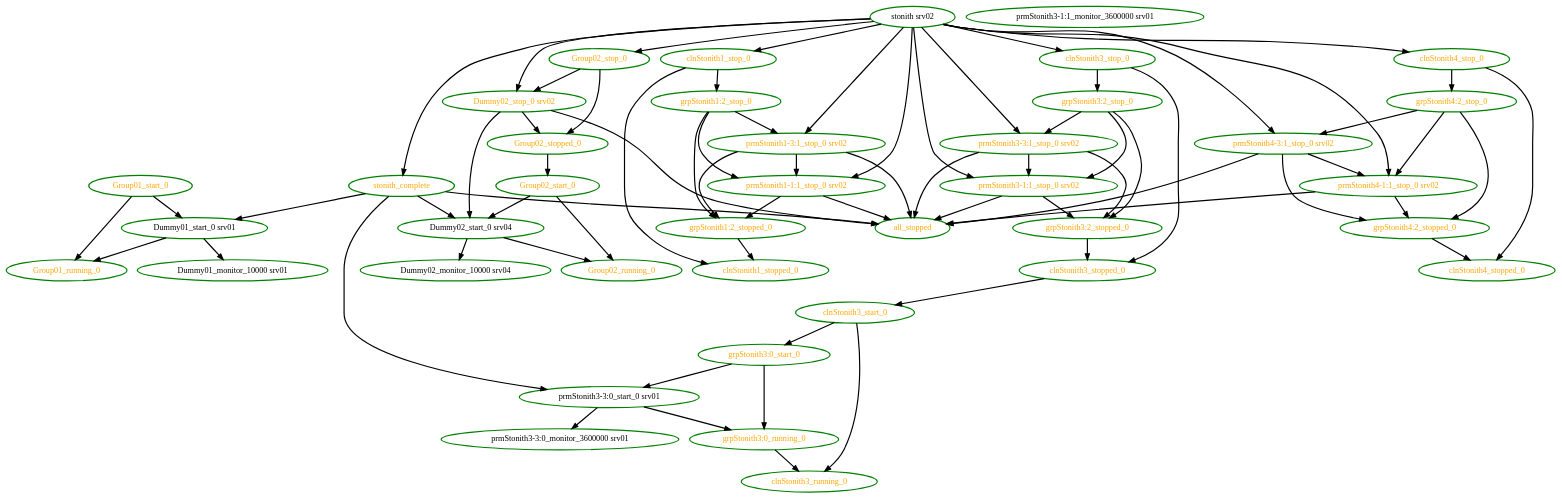
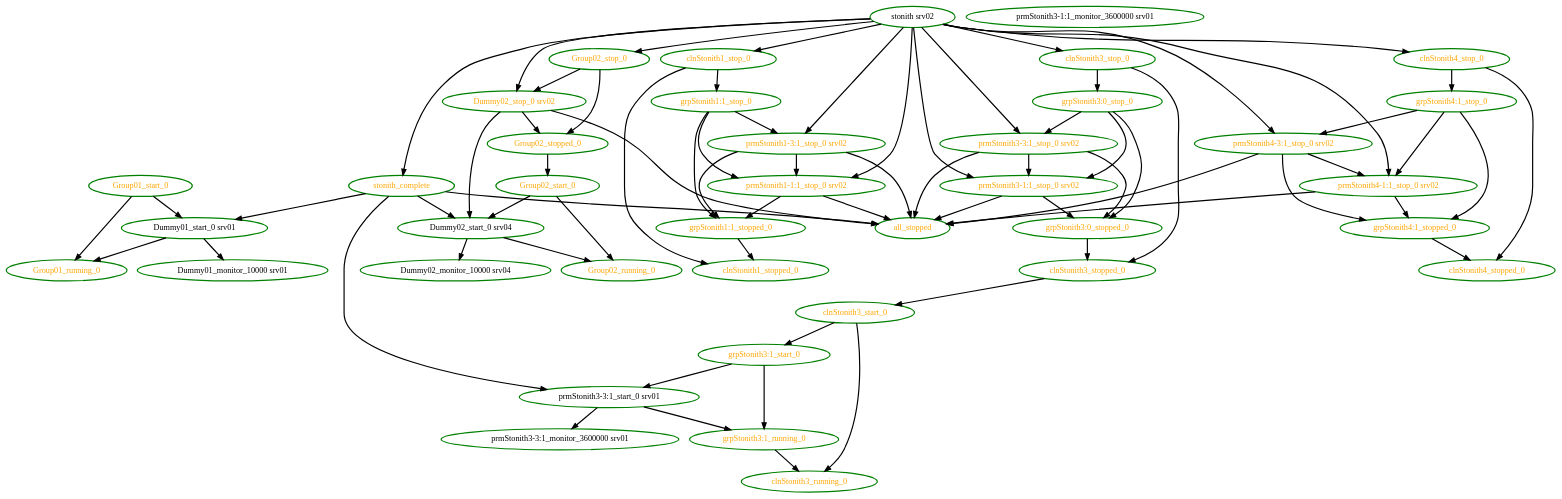
One commit to ClusterLabs/pacemaker changed the diagram in pengine/test10/bug-lf-2508.dot. Above: the diagram before and after it, drawn with Graphviz. The commit also changed 7 other files, not shown here.

```diff
--- a/pengine/test10/bug-lf-2508.dot
+++ b/pengine/test10/bug-lf-2508.dot
@@ -1,112 +1,112 @@
 digraph "g" {
 "Dummy01_monitor_10000 srv01" [ style=bold color="green" fontcolor="black" ]
 "Dummy01_start_0 srv01" -> "Dummy01_monitor_10000 srv01" [ style = bold]
 "Dummy01_start_0 srv01" -> "Group01_running_0" [ style = bold]
 "Dummy01_start_0 srv01" [ style=bold color="green" fontcolor="black" ]
 "Dummy02_monitor_10000 srv04" [ style=bold color="green" fontcolor="black" ]
 "Dummy02_start_0 srv04" -> "Dummy02_monitor_10000 srv04" [ style = bold]
 "Dummy02_start_0 srv04" -> "Group02_running_0" [ style = bold]
 "Dummy02_start_0 srv04" [ style=bold color="green" fontcolor="black" ]
 "Dummy02_stop_0 srv02" -> "Dummy02_start_0 srv04" [ style = bold]
 "Dummy02_stop_0 srv02" -> "Group02_stopped_0" [ style = bold]
 "Dummy02_stop_0 srv02" -> "all_stopped" [ style = bold]
 "Dummy02_stop_0 srv02" [ style=bold color="green" fontcolor="orange" ]
 "Group01_running_0" [ style=bold color="green" fontcolor="orange" ]
 "Group01_start_0" -> "Dummy01_start_0 srv01" [ style = bold]
 "Group01_start_0" -> "Group01_running_0" [ style = bold]
 "Group01_start_0" [ style=bold color="green" fontcolor="orange" ]
 "Group02_running_0" [ style=bold color="green" fontcolor="orange" ]
 "Group02_start_0" -> "Dummy02_start_0 srv04" [ style = bold]
 "Group02_start_0" -> "Group02_running_0" [ style = bold]
 "Group02_start_0" [ style=bold color="green" fontcolor="orange" ]
 "Group02_stop_0" -> "Dummy02_stop_0 srv02" [ style = bold]
 "Group02_stop_0" -> "Group02_stopped_0" [ style = bold]
 "Group02_stop_0" [ style=bold color="green" fontcolor="orange" ]
 "Group02_stopped_0" -> "Group02_start_0" [ style = bold]
 "Group02_stopped_0" [ style=bold color="green" fontcolor="orange" ]
 "all_stopped" [ style=bold color="green" fontcolor="orange" ]
 "clnStonith1_stop_0" -> "clnStonith1_stopped_0" [ style = bold]
-"clnStonith1_stop_0" -> "grpStonith1:2_stop_0" [ style = bold]
+"clnStonith1_stop_0" -> "grpStonith1:1_stop_0" [ style = bold]
 "clnStonith1_stop_0" [ style=bold color="green" fontcolor="orange" ]
 "clnStonith1_stopped_0" [ style=bold color="green" fontcolor="orange" ]
 "clnStonith3_running_0" [ style=bold color="green" fontcolor="orange" ]
 "clnStonith3_start_0" -> "clnStonith3_running_0" [ style = bold]
-"clnStonith3_start_0" -> "grpStonith3:0_start_0" [ style = bold]
+"clnStonith3_start_0" -> "grpStonith3:1_start_0" [ style = bold]
 "clnStonith3_start_0" [ style=bold color="green" fontcolor="orange" ]
 "clnStonith3_stop_0" -> "clnStonith3_stopped_0" [ style = bold]
-"clnStonith3_stop_0" -> "grpStonith3:2_stop_0" [ style = bold]
+"clnStonith3_stop_0" -> "grpStonith3:0_stop_0" [ style = bold]
 "clnStonith3_stop_0" [ style=bold color="green" fontcolor="orange" ]
 "clnStonith3_stopped_0" -> "clnStonith3_start_0" [ style = bold]
 "clnStonith3_stopped_0" [ style=bold color="green" fontcolor="orange" ]
 "clnStonith4_stop_0" -> "clnStonith4_stopped_0" [ style = bold]
-"clnStonith4_stop_0" -> "grpStonith4:2_stop_0" [ style = bold]
+"clnStonith4_stop_0" -> "grpStonith4:1_stop_0" [ style = bold]
 "clnStonith4_stop_0" [ style=bold color="green" fontcolor="orange" ]
 "clnStonith4_stopped_0" [ style=bold color="green" fontcolor="orange" ]
-"grpStonith1:2_stop_0" -> "grpStonith1:2_stopped_0" [ style = bold]
-"grpStonith1:2_stop_0" -> "prmStonith1-1:1_stop_0 srv02" [ style = bold]
-"grpStonith1:2_stop_0" -> "prmStonith1-3:1_stop_0 srv02" [ style = bold]
-"grpStonith1:2_stop_0" [ style=bold color="green" fontcolor="orange"]
-"grpStonith1:2_stopped_0" -> "clnStonith1_stopped_0" [ style = bold]
-"grpStonith1:2_stopped_0" [ style=bold color="green" fontcolor="orange"]
-"grpStonith3:0_running_0" -> "clnStonith3_running_0" [ style = bold]
-"grpStonith3:0_running_0" [ style=bold color="green" fontcolor="orange"]
-"grpStonith3:0_start_0" -> "grpStonith3:0_running_0" [ style = bold]
-"grpStonith3:0_start_0" -> "prmStonith3-3:0_start_0 srv01" [ style = bold]
-"grpStonith3:0_start_0" [ style=bold color="green" fontcolor="orange"]
-"grpStonith3:2_stop_0" -> "grpStonith3:2_stopped_0" [ style = bold]
-"grpStonith3:2_stop_0" -> "prmStonith3-1:1_stop_0 srv02" [ style = bold]
-"grpStonith3:2_stop_0" -> "prmStonith3-3:1_stop_0 srv02" [ style = bold]
-"grpStonith3:2_stop_0" [ style=bold color="green" fontcolor="orange"]
-"grpStonith3:2_stopped_0" -> "clnStonith3_stopped_0" [ style = bold]
-"grpStonith3:2_stopped_0" [ style=bold color="green" fontcolor="orange"]
-"grpStonith4:2_stop_0" -> "grpStonith4:2_stopped_0" [ style = bold]
-"grpStonith4:2_stop_0" -> "prmStonith4-1:1_stop_0 srv02" [ style = bold]
-"grpStonith4:2_stop_0" -> "prmStonith4-3:1_stop_0 srv02" [ style = bold]
-"grpStonith4:2_stop_0" [ style=bold color="green" fontcolor="orange"]
-"grpStonith4:2_stopped_0" -> "clnStonith4_stopped_0" [ style = bold]
-"grpStonith4:2_stopped_0" [ style=bold color="green" fontcolor="orange"]
+"grpStonith1:1_stop_0" -> "grpStonith1:1_stopped_0" [ style = bold]
+"grpStonith1:1_stop_0" -> "prmStonith1-1:1_stop_0 srv02" [ style = bold]
+"grpStonith1:1_stop_0" -> "prmStonith1-3:1_stop_0 srv02" [ style = bold]
+"grpStonith1:1_stop_0" [ style=bold color="green" fontcolor="orange"]
+"grpStonith1:1_stopped_0" -> "clnStonith1_stopped_0" [ style = bold]
+"grpStonith1:1_stopped_0" [ style=bold color="green" fontcolor="orange"]
+"grpStonith3:0_stop_0" -> "grpStonith3:0_stopped_0" [ style = bold]
+"grpStonith3:0_stop_0" -> "prmStonith3-1:1_stop_0 srv02" [ style = bold]
+"grpStonith3:0_stop_0" -> "prmStonith3-3:1_stop_0 srv02" [ style = bold]
+"grpStonith3:0_stop_0" [ style=bold color="green" fontcolor="orange"]
+"grpStonith3:0_stopped_0" -> "clnStonith3_stopped_0" [ style = bold]
+"grpStonith3:0_stopped_0" [ style=bold color="green" fontcolor="orange"]
+"grpStonith3:1_running_0" -> "clnStonith3_running_0" [ style = bold]
+"grpStonith3:1_running_0" [ style=bold color="green" fontcolor="orange"]
+"grpStonith3:1_start_0" -> "grpStonith3:1_running_0" [ style = bold]
+"grpStonith3:1_start_0" -> "prmStonith3-3:1_start_0 srv01" [ style = bold]
+"grpStonith3:1_start_0" [ style=bold color="green" fontcolor="orange"]
+"grpStonith4:1_stop_0" -> "grpStonith4:1_stopped_0" [ style = bold]
+"grpStonith4:1_stop_0" -> "prmStonith4-1:1_stop_0 srv02" [ style = bold]
+"grpStonith4:1_stop_0" -> "prmStonith4-3:1_stop_0 srv02" [ style = bold]
+"grpStonith4:1_stop_0" [ style=bold color="green" fontcolor="orange"]
+"grpStonith4:1_stopped_0" -> "clnStonith4_stopped_0" [ style = bold]
+"grpStonith4:1_stopped_0" [ style=bold color="green" fontcolor="orange"]
 "prmStonith1-1:1_stop_0 srv02" -> "all_stopped" [ style = bold]
-"prmStonith1-1:1_stop_0 srv02" -> "grpStonith1:2_stopped_0" [ style = bold]
+"prmStonith1-1:1_stop_0 srv02" -> "grpStonith1:1_stopped_0" [ style = bold]
 "prmStonith1-1:1_stop_0 srv02" [ style=bold color="green" fontcolor="orange" ]
 "prmStonith1-3:1_stop_0 srv02" -> "all_stopped" [ style = bold]
-"prmStonith1-3:1_stop_0 srv02" -> "grpStonith1:2_stopped_0" [ style = bold]
+"prmStonith1-3:1_stop_0 srv02" -> "grpStonith1:1_stopped_0" [ style = bold]
 "prmStonith1-3:1_stop_0 srv02" -> "prmStonith1-1:1_stop_0 srv02" [ style = bold]
 "prmStonith1-3:1_stop_0 srv02" [ style=bold color="green" fontcolor="orange" ]
 "prmStonith3-1:1_monitor_3600000 srv01" [ style=bold color="green" fontcolor="black" ]
 "prmStonith3-1:1_stop_0 srv02" -> "all_stopped" [ style = bold]
-"prmStonith3-1:1_stop_0 srv02" -> "grpStonith3:2_stopped_0" [ style = bold]
+"prmStonith3-1:1_stop_0 srv02" -> "grpStonith3:0_stopped_0" [ style = bold]
 "prmStonith3-1:1_stop_0 srv02" [ style=bold color="green" fontcolor="orange"]
-"prmStonith3-3:0_monitor_3600000 srv01" [ style=bold color="green" fontcolor="black"]
-"prmStonith3-3:0_start_0 srv01" -> "grpStonith3:0_running_0" [ style = bold]
-"prmStonith3-3:0_start_0 srv01" -> "prmStonith3-3:0_monitor_3600000 srv01" [ style = bold]
-"prmStonith3-3:0_start_0 srv01" [ style=bold color="green" fontcolor="black"]
+"prmStonith3-3:1_monitor_3600000 srv01" [ style=bold color="green" fontcolor="black"]
+"prmStonith3-3:1_start_0 srv01" -> "grpStonith3:1_running_0" [ style = bold]
+"prmStonith3-3:1_start_0 srv01" -> "prmStonith3-3:1_monitor_3600000 srv01" [ style = bold]
+"prmStonith3-3:1_start_0 srv01" [ style=bold color="green" fontcolor="black"]
 "prmStonith3-3:1_stop_0 srv02" -> "all_stopped" [ style = bold]
-"prmStonith3-3:1_stop_0 srv02" -> "grpStonith3:2_stopped_0" [ style = bold]
+"prmStonith3-3:1_stop_0 srv02" -> "grpStonith3:0_stopped_0" [ style = bold]
 "prmStonith3-3:1_stop_0 srv02" -> "prmStonith3-1:1_stop_0 srv02" [ style = bold]
 "prmStonith3-3:1_stop_0 srv02" [ style=bold color="green" fontcolor="orange"]
 "prmStonith4-1:1_stop_0 srv02" -> "all_stopped" [ style = bold]
-"prmStonith4-1:1_stop_0 srv02" -> "grpStonith4:2_stopped_0" [ style = bold]
+"prmStonith4-1:1_stop_0 srv02" -> "grpStonith4:1_stopped_0" [ style = bold]
 "prmStonith4-1:1_stop_0 srv02" [ style=bold color="green" fontcolor="orange"]
 "prmStonith4-3:1_stop_0 srv02" -> "all_stopped" [ style = bold]
-"prmStonith4-3:1_stop_0 srv02" -> "grpStonith4:2_stopped_0" [ style = bold]
+"prmStonith4-3:1_stop_0 srv02" -> "grpStonith4:1_stopped_0" [ style = bold]
 "prmStonith4-3:1_stop_0 srv02" -> "prmStonith4-1:1_stop_0 srv02" [ style = bold]
 "prmStonith4-3:1_stop_0 srv02" [ style=bold color="green" fontcolor="orange"]
 "stonith srv02" -> "Dummy02_stop_0 srv02" [ style = bold]
 "stonith srv02" -> "Group02_stop_0" [ style = bold]
 "stonith srv02" -> "clnStonith1_stop_0" [ style = bold]
 "stonith srv02" -> "clnStonith3_stop_0" [ style = bold]
 "stonith srv02" -> "clnStonith4_stop_0" [ style = bold]
 "stonith srv02" -> "prmStonith1-1:1_stop_0 srv02" [ style = bold]
 "stonith srv02" -> "prmStonith1-3:1_stop_0 srv02" [ style = bold]
 "stonith srv02" -> "prmStonith3-1:1_stop_0 srv02" [ style = bold]
 "stonith srv02" -> "prmStonith3-3:1_stop_0 srv02" [ style = bold]
 "stonith srv02" -> "prmStonith4-1:1_stop_0 srv02" [ style = bold]
 "stonith srv02" -> "prmStonith4-3:1_stop_0 srv02" [ style = bold]
 "stonith srv02" -> "stonith_complete" [ style = bold]
 "stonith srv02" [ style=bold color="green" fontcolor="black" ]
 "stonith_complete" -> "Dummy01_start_0 srv01" [ style = bold]
 "stonith_complete" -> "Dummy02_start_0 srv04" [ style = bold]
 "stonith_complete" -> "all_stopped" [ style = bold]
-"stonith_complete" -> "prmStonith3-3:0_start_0 srv01" [ style = bold]
+"stonith_complete" -> "prmStonith3-3:1_start_0 srv01" [ style = bold]
 "stonith_complete" [ style=bold color="green" fontcolor="orange" ]
 }
```
